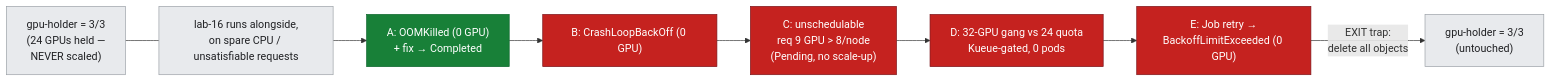
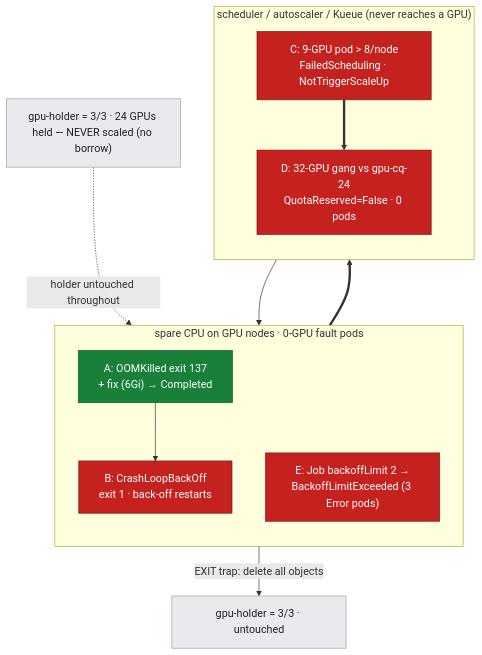
The second of 2 diagrams in labs/lab-16-cluster-job-failure-triage/README.md (elideng-sg/hypercomputer-internode-deepdive), drawn with Mermaid before and after one commit. The commit also changed other lines of this file and 19 other files, not shown here.

First line of the commit message:
Diagrams: env-overview + combined step-flow across all 20 remaining labs

````diff
--- a/labs/lab-16-cluster-job-failure-triage/README.md
+++ b/labs/lab-16-cluster-job-failure-triage/README.md
@@ -41,14 +70,26 @@
 ```mermaid
-flowchart LR
-  H0["gpu-holder = 3/3<br/>(24 GPUs held —<br/>NEVER scaled)"] --- L["lab-16 runs alongside,<br/>on spare CPU / unsatisfiable requests"]
-  L --> A["A: OOMKilled (0 GPU)<br/>+ fix → Completed"]
-  A --> B["B: CrashLoopBackOff (0 GPU)"]
-  B --> C["C: unschedulable<br/>req 9 GPU > 8/node<br/>(Pending, no scale-up)"]
-  C --> D["D: 32-GPU gang vs 24 quota<br/>Kueue-gated, 0 pods"]
-  D --> E["E: Job retry →<br/>BackoffLimitExceeded (0 GPU)"]
-  E -->|"EXIT trap:<br/>delete all objects"| R["gpu-holder = 3/3<br/>(untouched)"]
+flowchart TB
+  H0["gpu-holder = 3/3 · 24 GPUs held — NEVER scaled (no borrow)"]
+  subgraph CPUZ["spare CPU on GPU nodes · 0-GPU fault pods"]
+    direction TB
+    A["A: OOMKilled exit 137<br/>+ fix (6Gi) → Completed"]
+    B["B: CrashLoopBackOff<br/>exit 1 · back-off restarts"]
+    E["E: Job backoffLimit 2 →<br/>BackoffLimitExceeded (3 Error pods)"]
+  end
+  subgraph SCHZ["scheduler / autoscaler / Kueue (never reaches a GPU)"]
+    direction TB
+    C["C: 9-GPU pod > 8/node<br/>FailedScheduling · NotTriggerScaleUp"]
+    D["D: 32-GPU gang vs gpu-cq-24<br/>QuotaReserved=False · 0 pods"]
+  end
+  H0 -. holder untouched throughout .-> A
+  A --> B
+  B ==> C
+  C ==> D
+  D --> E
+  E -->|"EXIT trap: delete all objects"| R["gpu-holder = 3/3 · untouched"]
+  classDef meas fill:#1a73e8,stroke:#0b57d0,color:#ffffff;
   classDef ctx fill:#e8eaed,stroke:#9aa0a6,color:#202124;
   classDef good fill:#188038,stroke:#0d652d,color:#ffffff;
   classDef crit fill:#c5221f,stroke:#7a161c,color:#ffffff;
-  class H0,L,R ctx; class A good; class B,C,D,E crit;
+  class H0 ctx; class A good; class B,E crit; class C,D crit; class R ctx;
 ```
````
